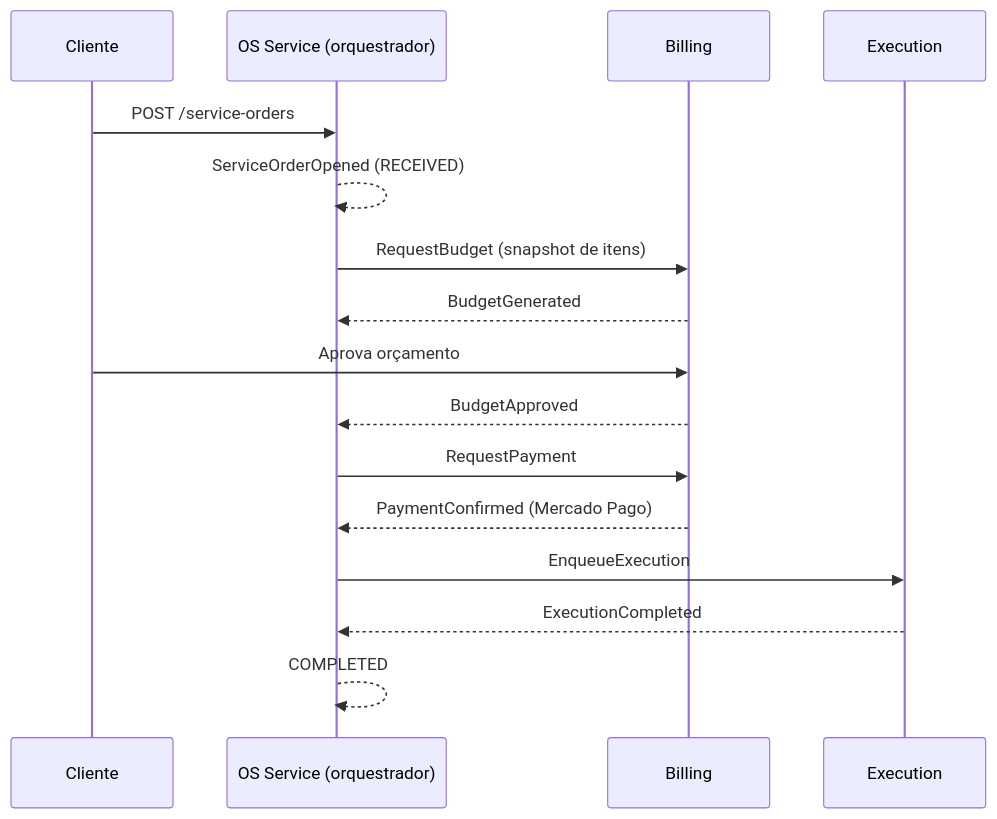
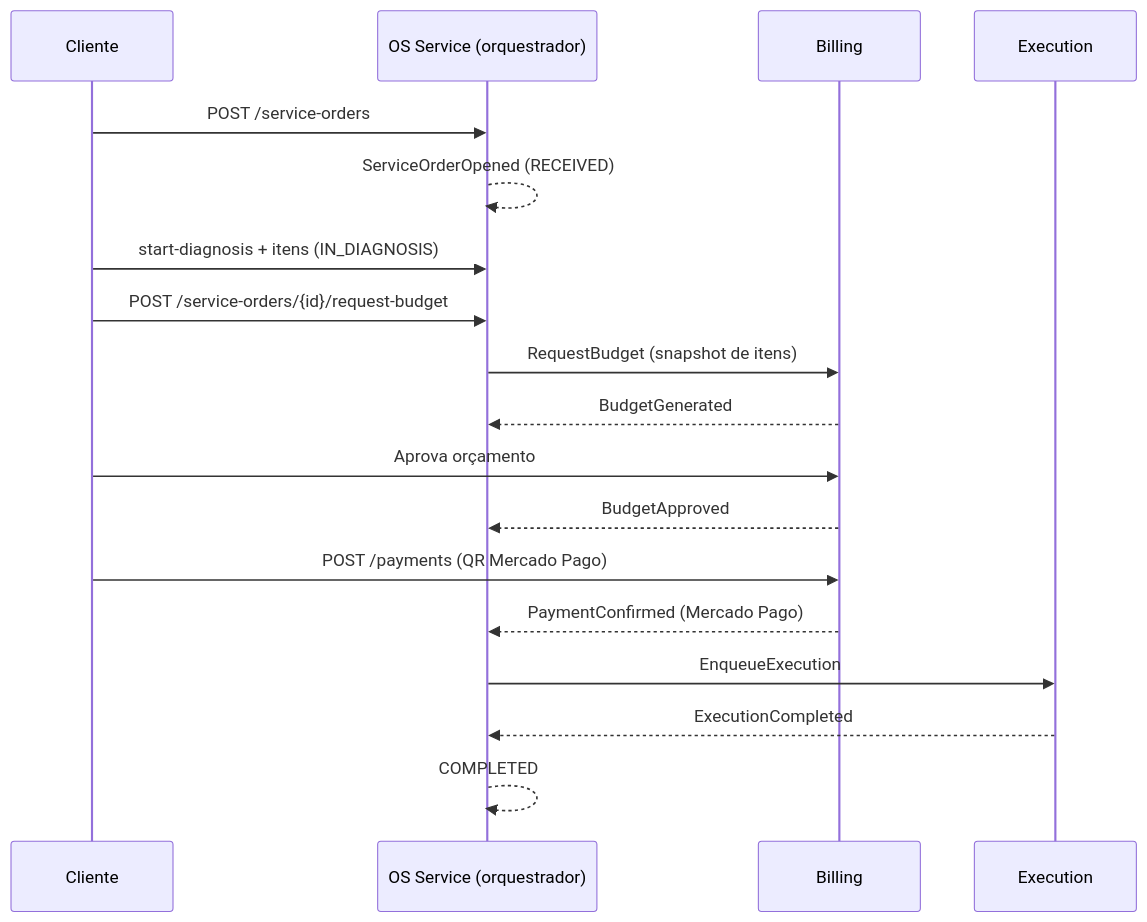
Before and after one commit to Torque-OS/mechanics-software: the second of 4 diagrams in docs/architecture/architecture-fase4.md, drawn with Mermaid. The commit also changed other lines of this file and 4 other files, not shown here.

Commit message:
docs: ADR-013 for synchronous REST, retry/DLQ policy and RequestBudget in the architecture, README and Postman

````diff
--- a/docs/architecture/architecture-fase4.md
+++ b/docs/architecture/architecture-fase4.md
@@ -38,18 +38,20 @@
 ```mermaid
 sequenceDiagram
     participant C as Cliente
     participant OS as OS Service (orquestrador)
     participant B as Billing
     participant E as Execution
     C->>OS: POST /service-orders
     OS-->>OS: ServiceOrderOpened (RECEIVED)
+    C->>OS: start-diagnosis + itens (IN_DIAGNOSIS)
+    C->>OS: POST /service-orders/{id}/request-budget
     OS->>B: RequestBudget (snapshot de itens)
     B-->>OS: BudgetGenerated
     C->>B: Aprova orçamento
     B-->>OS: BudgetApproved
-    OS->>B: RequestPayment
+    C->>B: POST /payments (QR Mercado Pago)
     B-->>OS: PaymentConfirmed (Mercado Pago)
     OS->>E: EnqueueExecution
     E-->>OS: ExecutionCompleted
     OS-->>OS: COMPLETED
 ```
````
